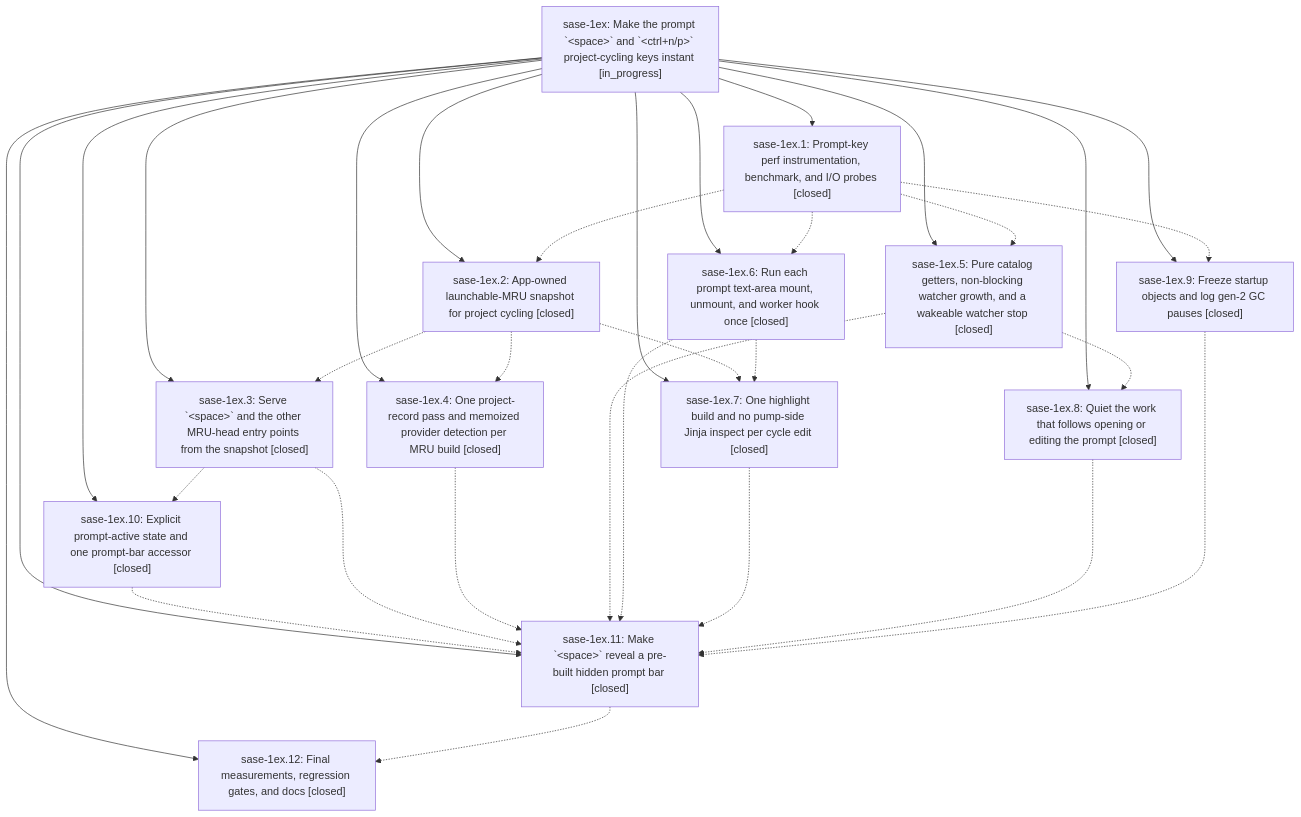
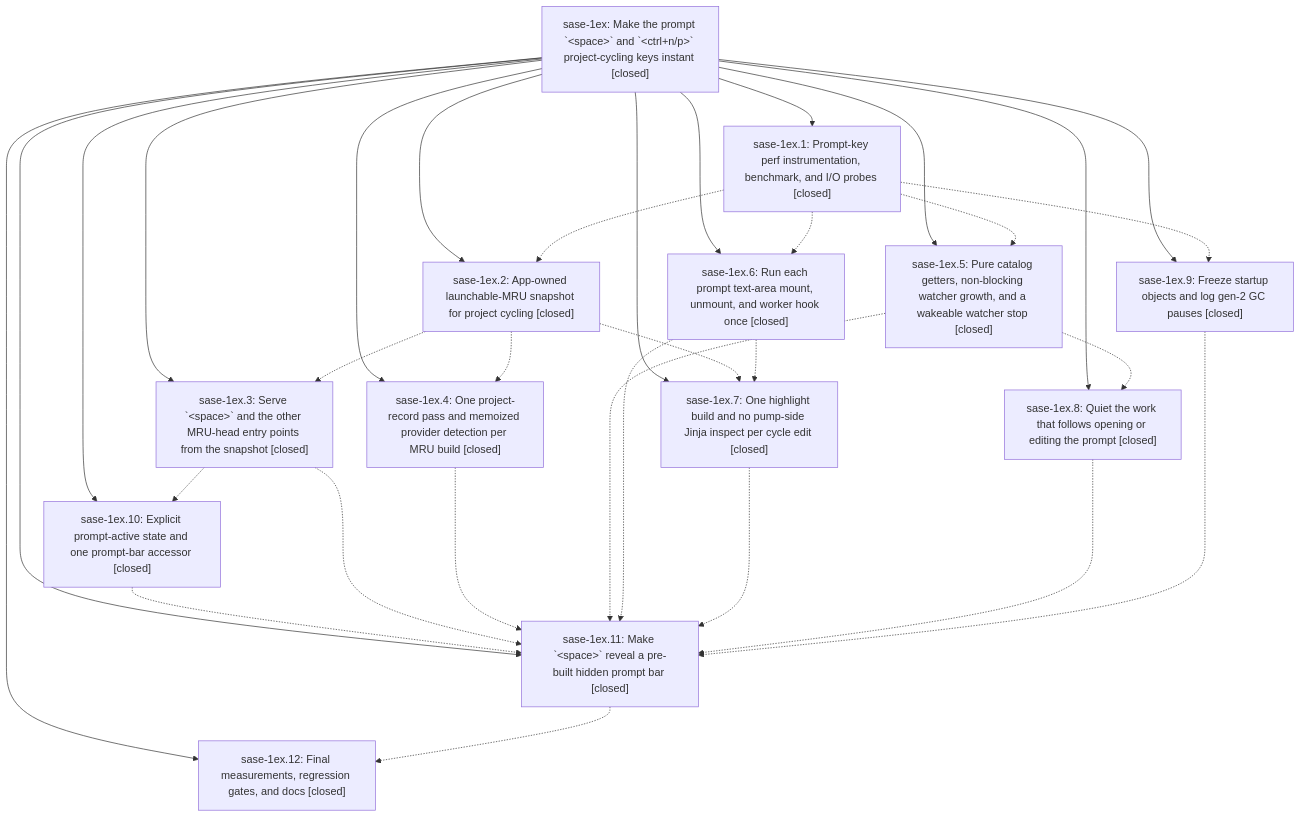
One commit to sase-org/sase--beads changed the diagram in pages/sase-1ex/README.md. Above: the diagram before and after it, drawn with Mermaid. The commit also changed other lines of this file and 9 other files, not shown here.

````diff
--- a/pages/sase-1ex/README.md
+++ b/pages/sase-1ex/README.md
@@ -41,47 +68,47 @@
 ```mermaid
 flowchart TD
-    n0["sase-1ex: Make the prompt `&lt;space&gt;` and `&lt;ctrl+n/p&gt;` project-cycling keys instant [in_progress]"]
+    n0["sase-1ex: Make the prompt `&lt;space&gt;` and `&lt;ctrl+n/p&gt;` project-cycling keys instant [closed]"]
     n1["sase-1ex.1: Prompt-key perf instrumentation, benchmark, and I/O probes [closed]"]
     n2["sase-1ex.10: Explicit prompt-active state and one prompt-bar accessor [closed]"]
     n3["sase-1ex.11: Make `&lt;space&gt;` reveal a pre-built hidden prompt bar [closed]"]
     n4["sase-1ex.12: Final measurements, regression gates, and docs [closed]"]
     n5["sase-1ex.2: App-owned launchable-MRU snapshot for project cycling [closed]"]
     n6["sase-1ex.3: Serve `&lt;space&gt;` and the other MRU-head entry points from the snapshot [closed]"]
     n7["sase-1ex.4: One project-record pass and memoized provider detection per MRU build [closed]"]
     n8["sase-1ex.5: Pure catalog getters, non-blocking watcher growth, and a wakeable watcher stop [closed]"]
     n9["sase-1ex.6: Run each prompt text-area mount, unmount, and worker hook once [closed]"]
     n10["sase-1ex.7: One highlight build and no pump-side Jinja inspect per cycle edit [closed]"]
     n11["sase-1ex.8: Quiet the work that follows opening or editing the prompt [closed]"]
     n12["sase-1ex.9: Freeze startup objects and log gen-2 GC pauses [closed]"]
     n0 --> n1
     n0 --> n2
     n0 --> n3
     n0 --> n4
     n0 --> n5
     n0 --> n6
     n0 --> n7
     n0 --> n8
     n0 --> n9
     n0 --> n10
     n0 --> n11
     n0 --> n12
     n1 -.-> n5
     n1 -.-> n8
     n1 -.-> n9
     n1 -.-> n12
     n2 -.-> n3
     n3 -.-> n4
     n5 -.-> n6
     n5 -.-> n7
     n5 -.-> n10
     n6 -.-> n2
     n6 -.-> n3
     n7 -.-> n3
     n8 -.-> n3
     n8 -.-> n11
     n9 -.-> n3
     n9 -.-> n10
     n10 -.-> n3
     n11 -.-> n3
     n12 -.-> n3
 ```
````
